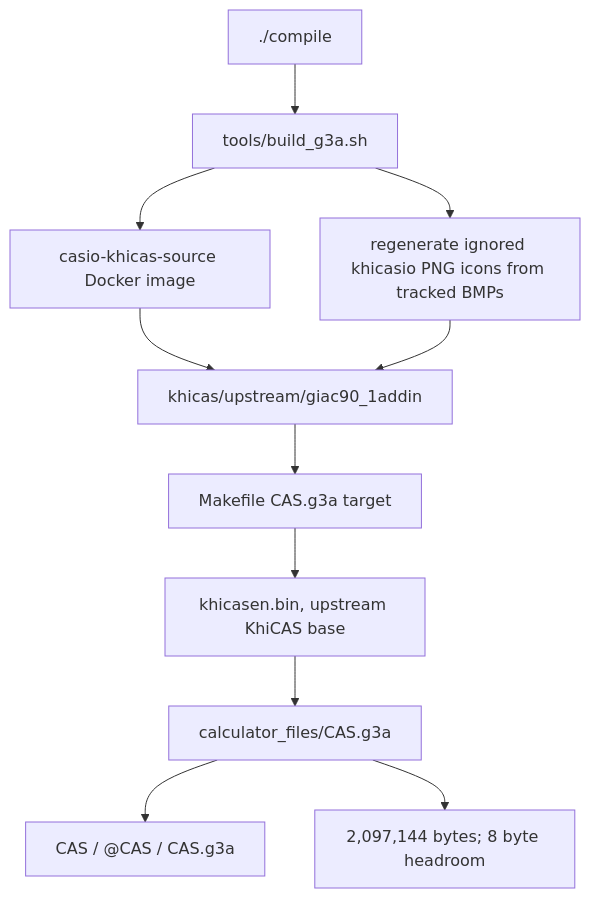
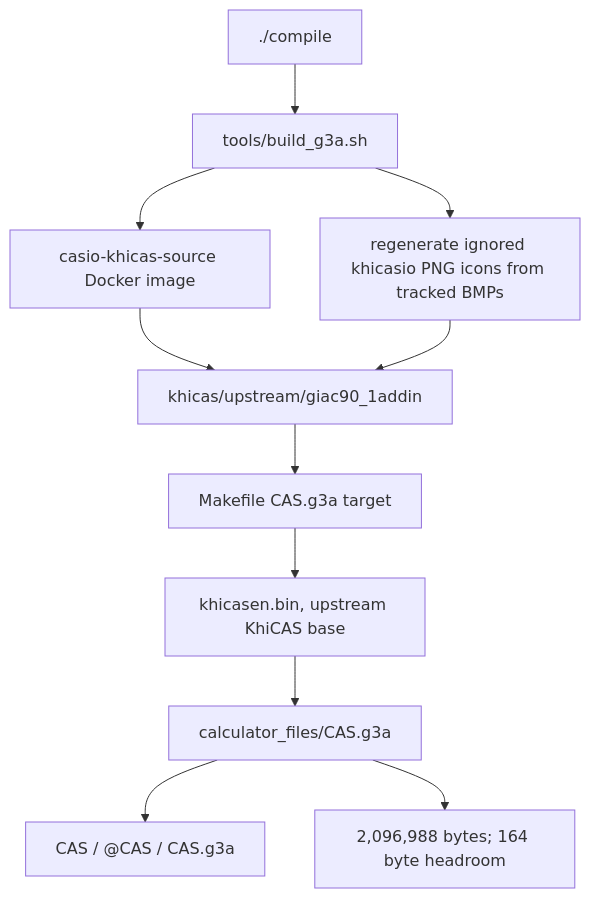
One commit to james8464/notes-addin-casio-fx-cg50 changed the first of 6 diagrams in docs/GRAPH.md. Above: the diagram before and after it, drawn with Mermaid. The commit also changed other lines of this file and 3 other files, not shown here.

````diff
--- a/docs/GRAPH.md
+++ b/docs/GRAPH.md
@@ -7,13 +7,13 @@
 ```mermaid
 graph TD
   Compile["./compile"] --> Build["tools/build_g3a.sh"]
   Build --> Docker["casio-khicas-source Docker image"]
   Docker --> Src["khicas/upstream/giac90_1addin"]
   Build --> Icons["regenerate ignored khicasio PNG icons from tracked BMPs"]
   Icons --> Src
   Src --> Make["Makefile CAS.g3a target"]
   Make --> Bin["khicasen.bin, upstream KhiCAS base"]
   Bin --> G3A["calculator_files/CAS.g3a"]
   G3A --> Meta["CAS / @CAS / CAS.g3a"]
-  G3A --> Size["2,097,144 bytes; 8 byte headroom"]
+  G3A --> Size["2,096,988 bytes; 164 byte headroom"]
 ```
````
